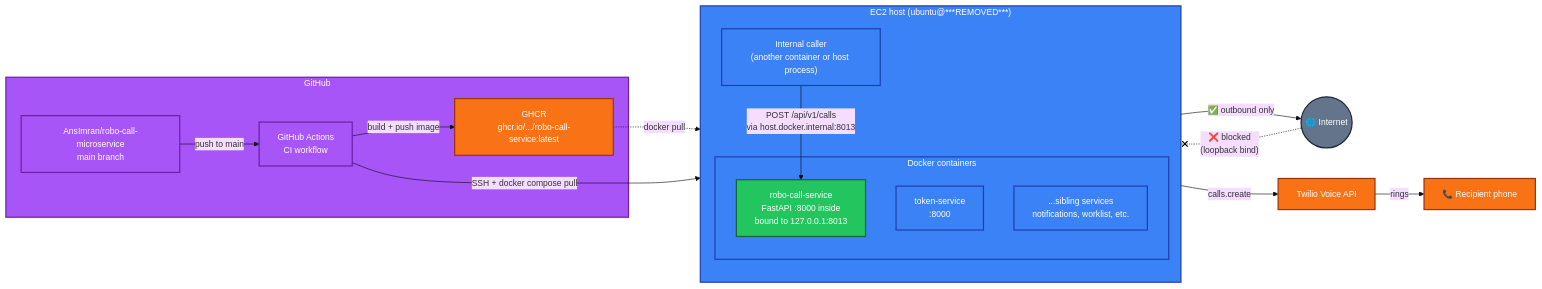
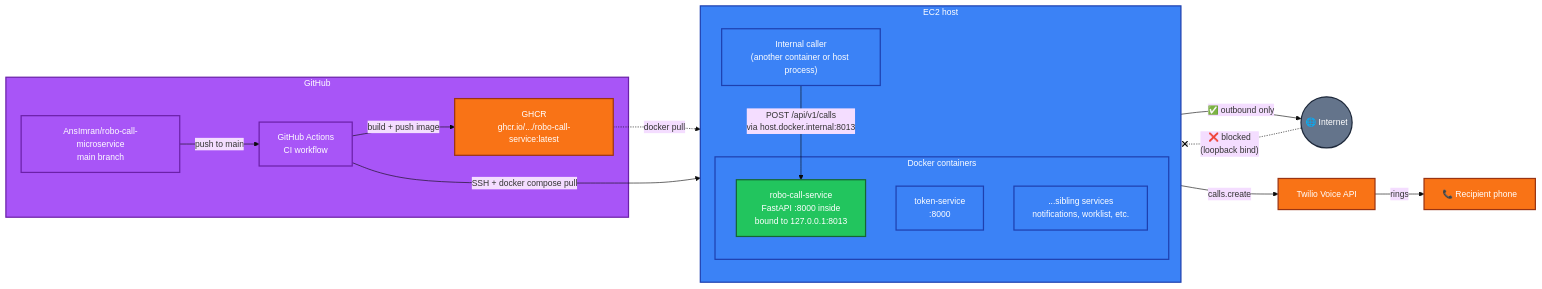
Before and after one commit to AnsImran/robo-call-microservice: the diagram in docs/diagrams/architecture.mmd, drawn with Mermaid. The commit also changed 1 other file, not shown here.

Commit message:
Remove EC2 public IP from architecture diagram

```diff
--- a/docs/diagrams/architecture.mmd
+++ b/docs/diagrams/architecture.mmd
@@ -1,45 +1,45 @@
 %%{init: {'theme':'base','themeVariables':{'fontFamily':'Inter, system-ui, sans-serif','fontSize':'14px'}}}%%
 flowchart LR
     subgraph GH["GitHub"]
         Repo["AnsImran/robo-call-microservice<br/>main branch"]
         Actions["GitHub Actions<br/>CI workflow"]
         GHCR["GHCR<br/>ghcr.io/.../robo-call-service:latest"]
     end
 
-    subgraph EC2["EC2 host (ubuntu@***REMOVED***)"]
+    subgraph EC2["EC2 host"]
         direction TB
         subgraph Containers["Docker containers"]
             Robo["robo-call-service<br/>FastAPI :8000 inside<br/>bound to 127.0.0.1:8013"]
             Token["token-service<br/>:8000"]
             Others["...sibling services<br/>notifications, worklist, etc."]
         end
         Caller["Internal caller<br/>(another container or host process)"]
     end
 
     Internet(("🌐 Internet"))
     Twilio["Twilio Voice API"]
     Phone["📞 Recipient phone"]
 
     Repo -->|push to main| Actions
     Actions -->|build + push image| GHCR
     Actions -->|SSH + docker compose pull| EC2
     GHCR -.->|docker pull| Robo
 
     Caller -->|POST /api/v1/calls<br/>via host.docker.internal:8013| Robo
     Robo -->|calls.create| Twilio
     Twilio -->|rings| Phone
 
     Internet -. "❌ blocked<br/>(loopback bind)" .-x Robo
     Robo -->|✅ outbound only| Internet
 
     classDef ours fill:#22c55e,stroke:#166534,stroke-width:2px,color:#fff
     classDef infra fill:#3b82f6,stroke:#1e40af,stroke-width:2px,color:#fff
     classDef external fill:#f97316,stroke:#9a3412,stroke-width:2px,color:#fff
     classDef ci fill:#a855f7,stroke:#6b21a8,stroke-width:2px,color:#fff
     classDef net fill:#64748b,stroke:#1e293b,stroke-width:2px,color:#fff
 
     class Robo ours
     class Token,Others,Caller,EC2,Containers infra
     class Twilio,Phone,GHCR external
     class Repo,Actions,GH ci
     class Internet net
```
